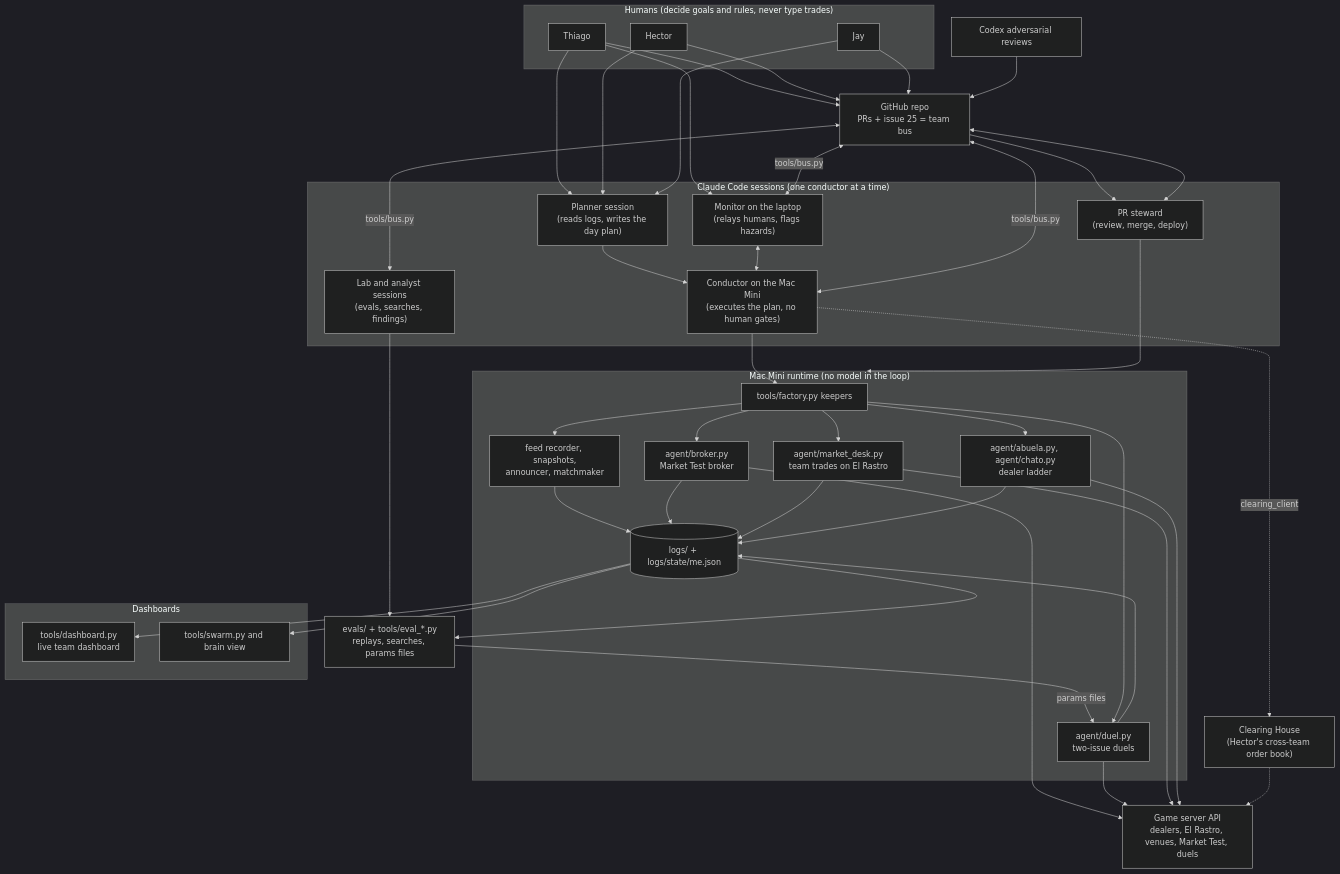
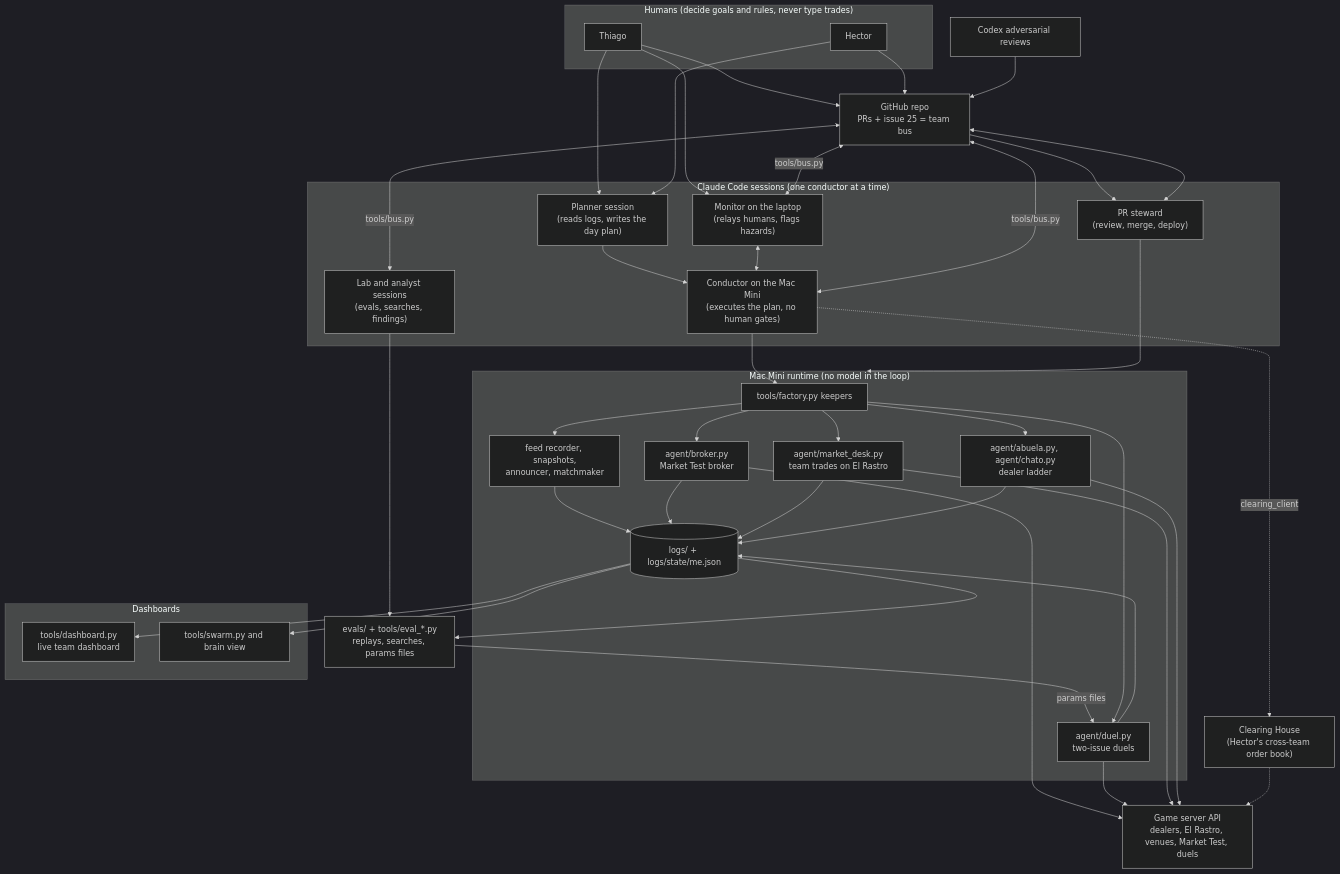
One commit to thiagoamaro91/negotiation-agent changed the diagram in SUBMISSION.md. Above: the diagram before and after it, drawn with Mermaid (dark theme). The commit also changed other lines of this file and 35 other files, not shown here.

````diff
--- a/SUBMISSION.md
+++ b/SUBMISSION.md
@@ -17,59 +17,58 @@
 ```mermaid
 flowchart TB
   subgraph HUMANS["Humans (decide goals and rules, never type trades)"]
     T["Thiago"]
     H["Hector"]
-    J["Jay"]
   end
 
   subgraph CLAUDE["Claude Code sessions (one conductor at a time)"]
     PLAN["Planner session<br/>(reads logs, writes the day plan)"]
     COND["Conductor on the Mac Mini<br/>(executes the plan, no human gates)"]
     MON["Monitor on the laptop<br/>(relays humans, flags hazards)"]
     PRS["PR steward<br/>(review, merge, deploy)"]
     LAB["Lab and analyst sessions<br/>(evals, searches, findings)"]
   end
 
   CODEX["Codex adversarial reviews"]
   GH["GitHub repo<br/>PRs + issue 25 = team bus"]
 
   subgraph MINI["Mac Mini runtime (no model in the loop)"]
     FAC["tools/factory.py keepers"]
     BRK["agent/broker.py<br/>Market Test broker"]
     DUEL["agent/duel.py<br/>two-issue duels"]
     DESK["agent/market_desk.py<br/>team trades on El Rastro"]
     DEAL["agent/abuela.py, agent/chato.py<br/>dealer ladder"]
     FEED["feed recorder, snapshots,<br/>announcer, matchmaker"]
     LOGS[("logs/ + logs/state/me.json")]
   end
 
   subgraph VIEWS["Dashboards"]
     DASH["tools/dashboard.py<br/>live team dashboard"]
     SWARM["tools/swarm.py and brain view"]
   end
 
   CLR["Clearing House<br/>(Hector's cross-team order book)"]
   GAME["Game server API<br/>dealers, El Rastro, venues, Market Test, duels"]
   EVALS["evals/ + tools/eval_*.py<br/>replays, searches, params files"]
 
-  T & H & J --> PLAN
-  T & H & J --> GH
+  T & H --> PLAN
+  T & H --> GH
   PLAN --> COND
   MON <--> COND
   T --> MON
   COND --> FAC
   PRS <--> GH
   CODEX --> GH
   GH --> PRS
   PRS --> MINI
   LAB --> EVALS
   EVALS -->|"params files"| DUEL
   FAC --> BRK & DUEL & DESK & DEAL & FEED
   BRK & DUEL & DESK & DEAL --> GAME
   FEED --> LOGS
   BRK & DUEL & DESK & DEAL --> LOGS
   LOGS --> DASH & SWARM & EVALS
   COND -.->|"clearing_client"| CLR
   CLR -.-> GAME
   GH <-->|"tools/bus.py"| COND & MON & LAB
 ```
````
